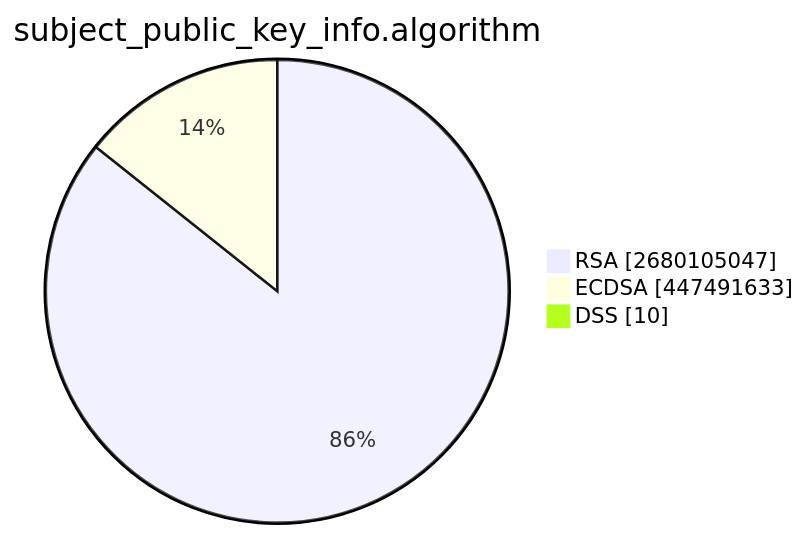
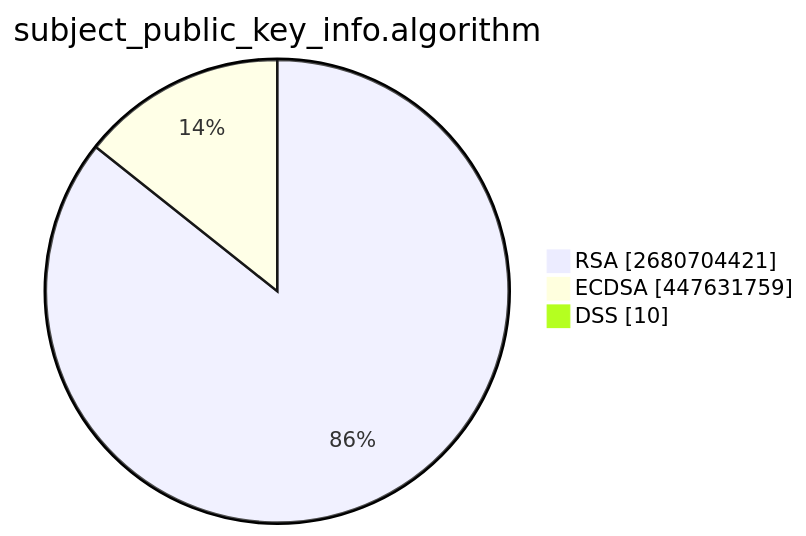
One commit to christiankrug/ctmonitor_visualization changed the second of 15 diagrams in TOTAL/README.md. Above: the diagram before and after it, drawn with Mermaid. The commit also changed other lines of this file, not shown here.

````diff
--- a/TOTAL/README.md
+++ b/TOTAL/README.md
@@ -6,7 +6,7 @@
 ```mermaid
 pie showData
 title subject_public_key_info.algorithm
-"RSA" :2680105047
-"ECDSA" :447491633
+"RSA" :2680704421
+"ECDSA" :447631759
 "DSS" :10
 ```
````
